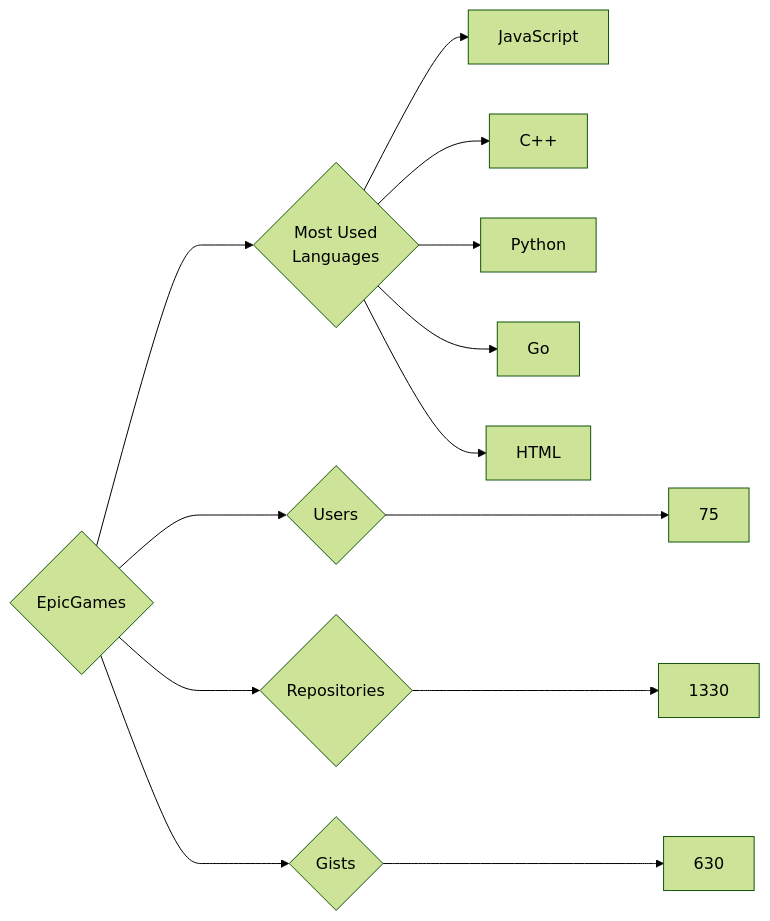
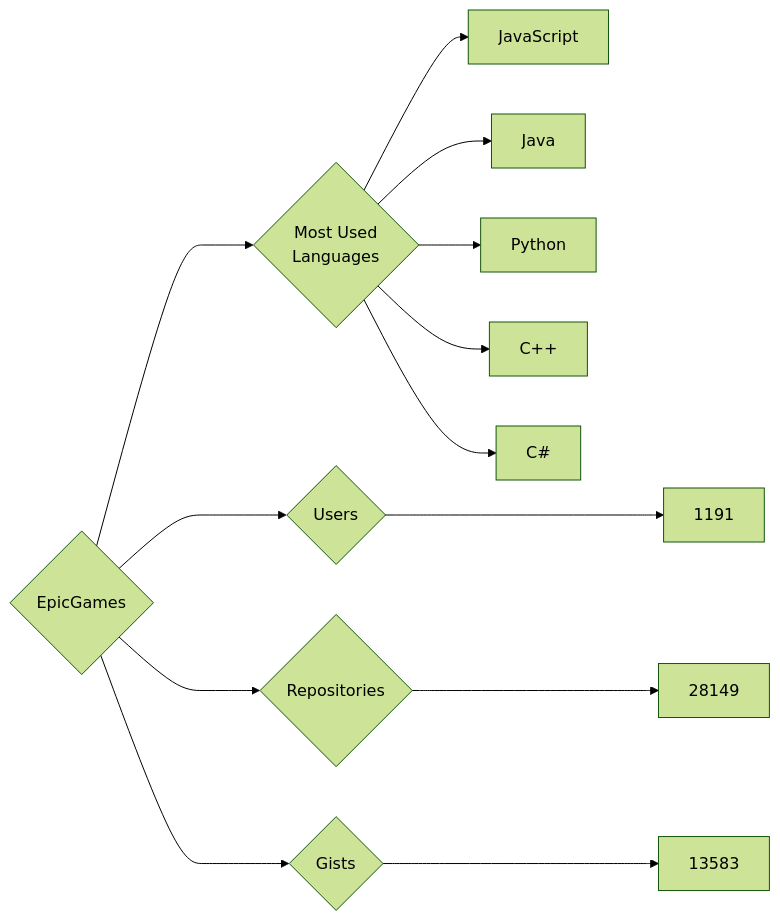
Before and after one commit to trickest/insiders: the diagram in targets/EpicGames/README.md, drawn with Mermaid (forest theme). The commit also changed 640 other files, not shown here.

````diff
--- a/targets/EpicGames/README.md
+++ b/targets/EpicGames/README.md
@@ -3,13 +3,13 @@
 ```mermaid
 graph LR
 COMPANY_NAME{EpicGames}
-COMPANY_NAME ---> U{Users} ---> UN[75]
-COMPANY_NAME ---> R{Repositories} ---> RN[1330]
-COMPANY_NAME ---> G{Gists} ---> GN[630]
+COMPANY_NAME ---> U{Users} ---> UN[1191]
+COMPANY_NAME ---> R{Repositories} ---> RN[28149]
+COMPANY_NAME ---> G{Gists} ---> GN[13583]
 COMPANY_NAME ---> ML{Most Used<br>Languages}
 ML --> JavaScript[JavaScript]
+ML --> Java[Java]
+ML --> Python[Python]
 ML --> C++[C++]
-ML --> Python[Python]
-ML --> Go[Go]
-ML --> HTML[HTML]
+ML --> C#[C#]
 ```
````
